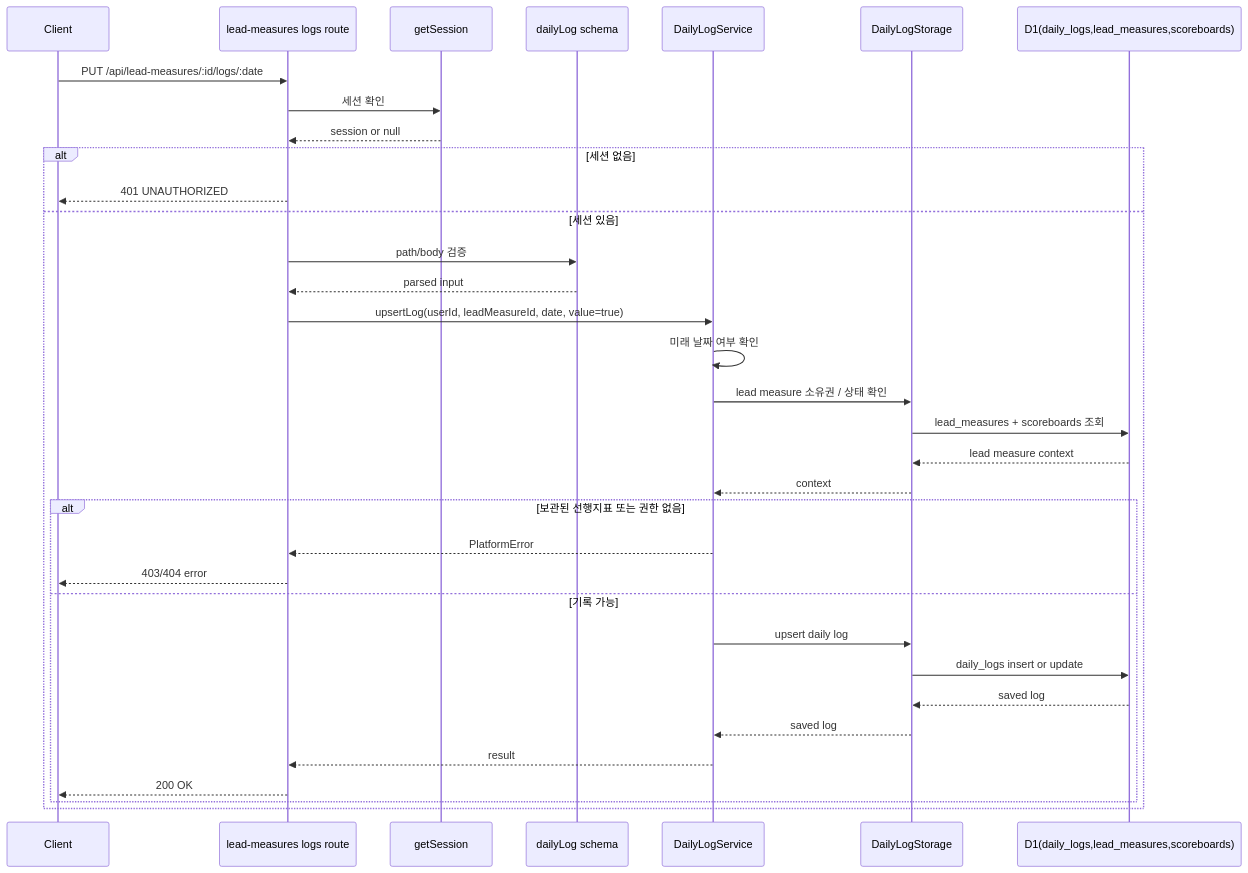
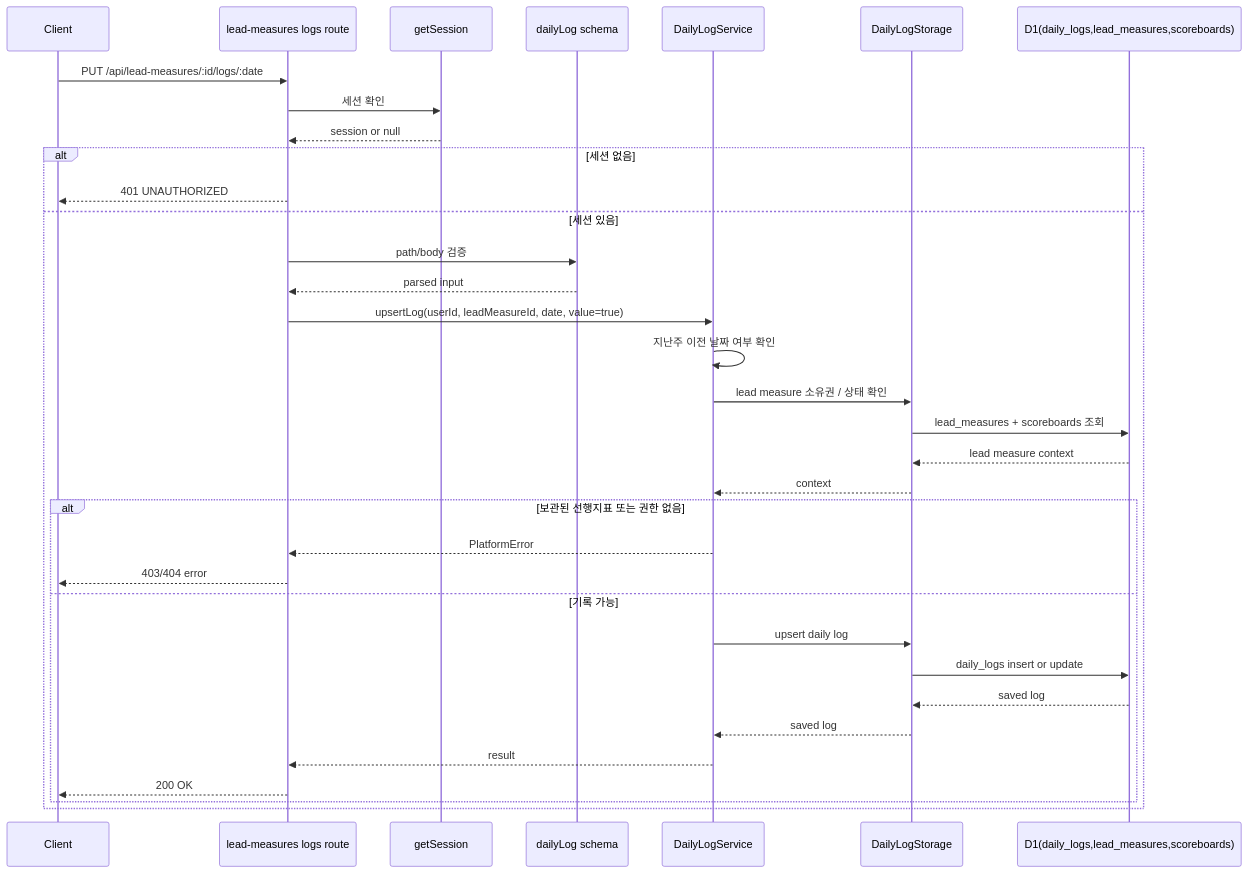
One commit to ixio0330/wig changed the ninth of 10 diagrams in docs/dev/backend/2026.03.18-backend-onboarding.md. Above: the diagram before and after it, drawn with Mermaid. The commit also changed other lines of this file and 13 other files, not shown here.

````diff
--- a/docs/dev/backend/2026.03.18-backend-onboarding.md
+++ b/docs/dev/backend/2026.03.18-backend-onboarding.md
@@ -473,37 +474,37 @@
 ```mermaid
 sequenceDiagram
     participant Client
     participant Route as lead-measures logs route
     participant Auth as getSession
     participant Validation as dailyLog schema
     participant Service as DailyLogService
     participant Storage as DailyLogStorage
     participant DB as D1(daily_logs,lead_measures,scoreboards)
 
     Client->>Route: PUT /api/lead-measures/:id/logs/:date
     Route->>Auth: 세션 확인
     Auth-->>Route: session or null
     alt 세션 없음
         Route-->>Client: 401 UNAUTHORIZED
     else 세션 있음
         Route->>Validation: path/body 검증
         Validation-->>Route: parsed input
         Route->>Service: upsertLog(userId, leadMeasureId, date, value=true)
-        Service->>Service: 미래 날짜 여부 확인
+        Service->>Service: 지난주 이전 날짜 여부 확인
         Service->>Storage: lead measure 소유권 / 상태 확인
         Storage->>DB: lead_measures + scoreboards 조회
         DB-->>Storage: lead measure context
         Storage-->>Service: context
         alt 보관된 선행지표 또는 권한 없음
             Service-->>Route: PlatformError
             Route-->>Client: 403/404 error
         else 기록 가능
             Service->>Storage: upsert daily log
             Storage->>DB: daily_logs insert or update
             DB-->>Storage: saved log
             Storage-->>Service: saved log
             Service-->>Route: result
             Route-->>Client: 200 OK
         end
     end
 ```
````
